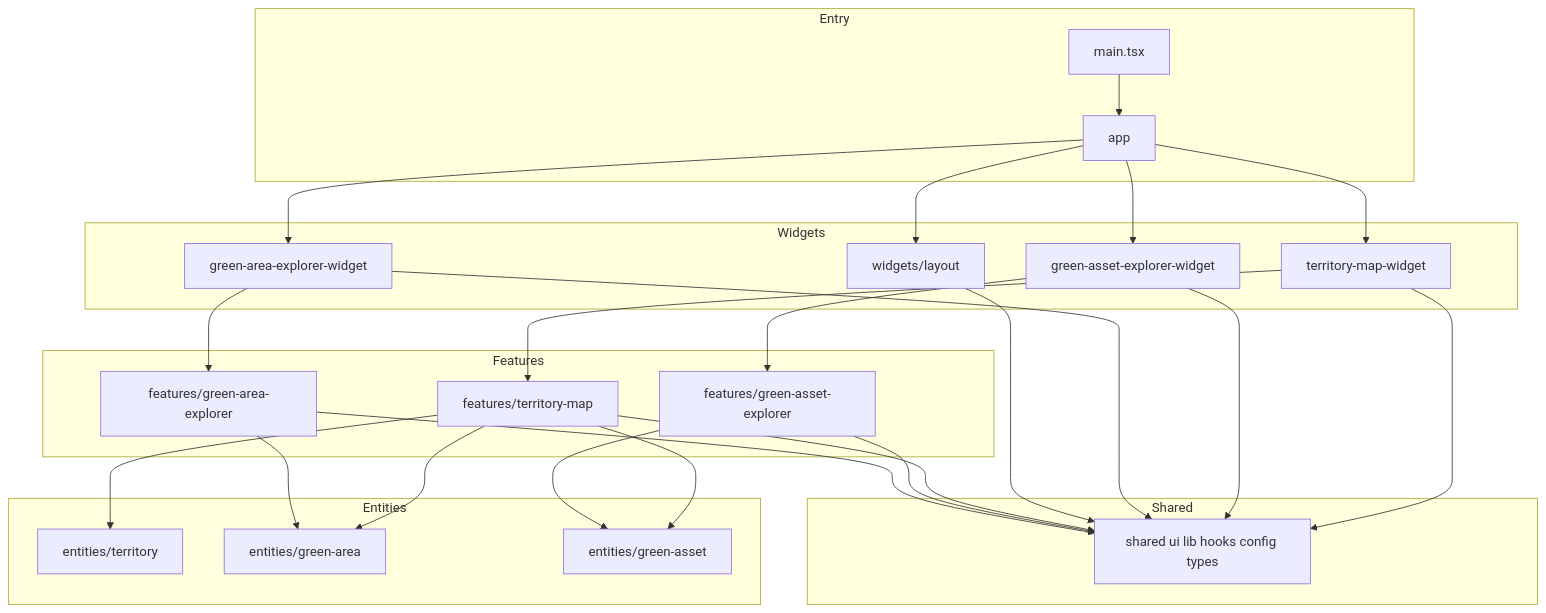
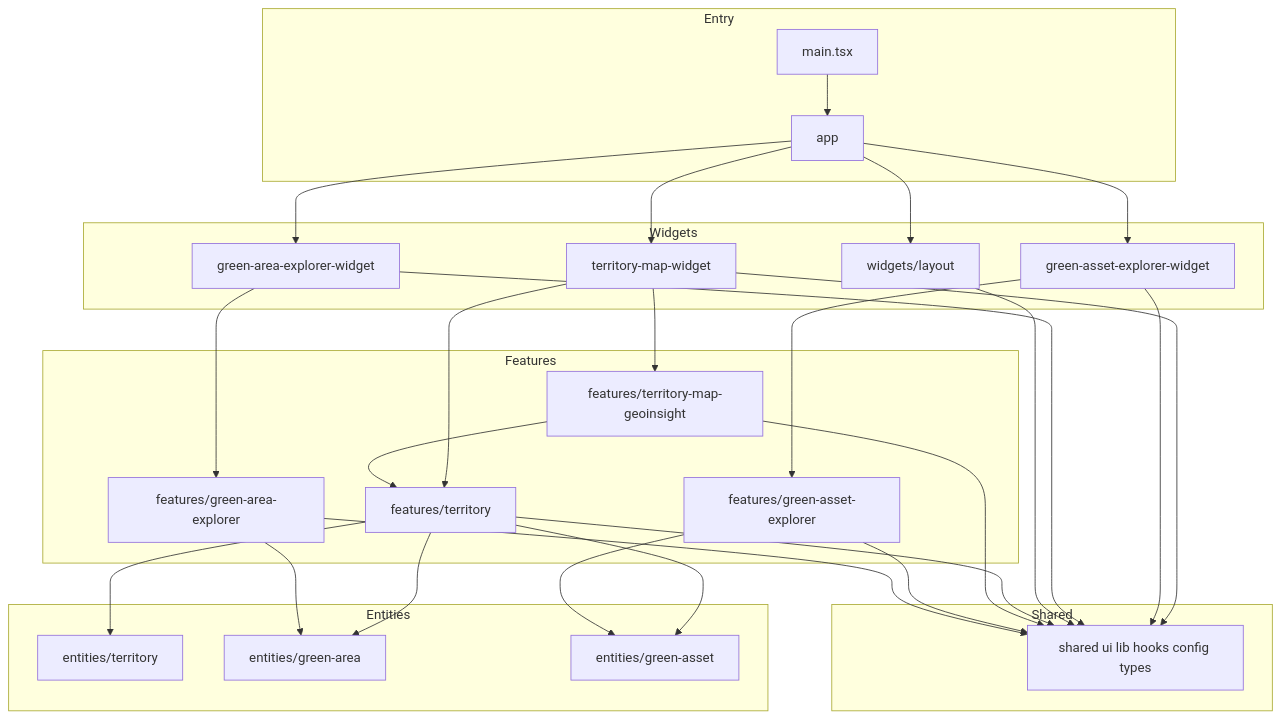
One commit to dany27041991/cadastre changed the second of 3 diagrams in frontend/docs/design/modular-package-structure.md. Above: the diagram before and after it, drawn with Mermaid. The commit also changed other lines of this file and 131 other files, not shown here.

````diff
--- a/frontend/docs/design/modular-package-structure.md
+++ b/frontend/docs/design/modular-package-structure.md
@@ -81,53 +86,57 @@
 ```mermaid
 flowchart TB
     subgraph entry["Entry"]
         main[main.tsx]
         app[app]
     end
 
     subgraph widgets_layer["Widgets"]
         layout[widgets/layout]
         territory_w[territory-map-widget]
         green_asset_w[green-asset-explorer-widget]
         green_area_w[green-area-explorer-widget]
     end
 
     subgraph features_layer["Features"]
-        territory_map[features/territory-map]
+        territory[features/territory]
+        territory_map_gi[features/territory-map-geoinsight]
         green_asset[features/green-asset-explorer]
         green_area[features/green-area-explorer]
     end
 
     subgraph entities_layer["Entities"]
         ent_territory[entities/territory]
         ent_green_area[entities/green-area]
         ent_green_asset[entities/green-asset]
     end
 
     subgraph shared_layer["Shared"]
         shared[shared ui lib hooks config types]
     end
 
     main --> app
     app --> layout
     app --> territory_w
     app --> green_asset_w
     app --> green_area_w
 
-    territory_w --> territory_map
+    territory_w --> territory
+    territory_w --> territory_map_gi
     territory_w --> shared
     green_asset_w --> green_asset
     green_asset_w --> shared
     green_area_w --> green_area
     green_area_w --> shared
     layout --> shared
 
-    territory_map --> ent_territory
-    territory_map --> ent_green_area
-    territory_map --> ent_green_asset
-    territory_map --> shared
+    territory --> ent_territory
+    territory --> ent_green_area
+    territory --> ent_green_asset
+    territory --> shared
+    territory_map_gi --> territory
+    territory_map_gi --> shared
     green_asset --> ent_green_asset
     green_asset --> shared
     green_area --> ent_green_area
     green_area --> shared
 ```
````
